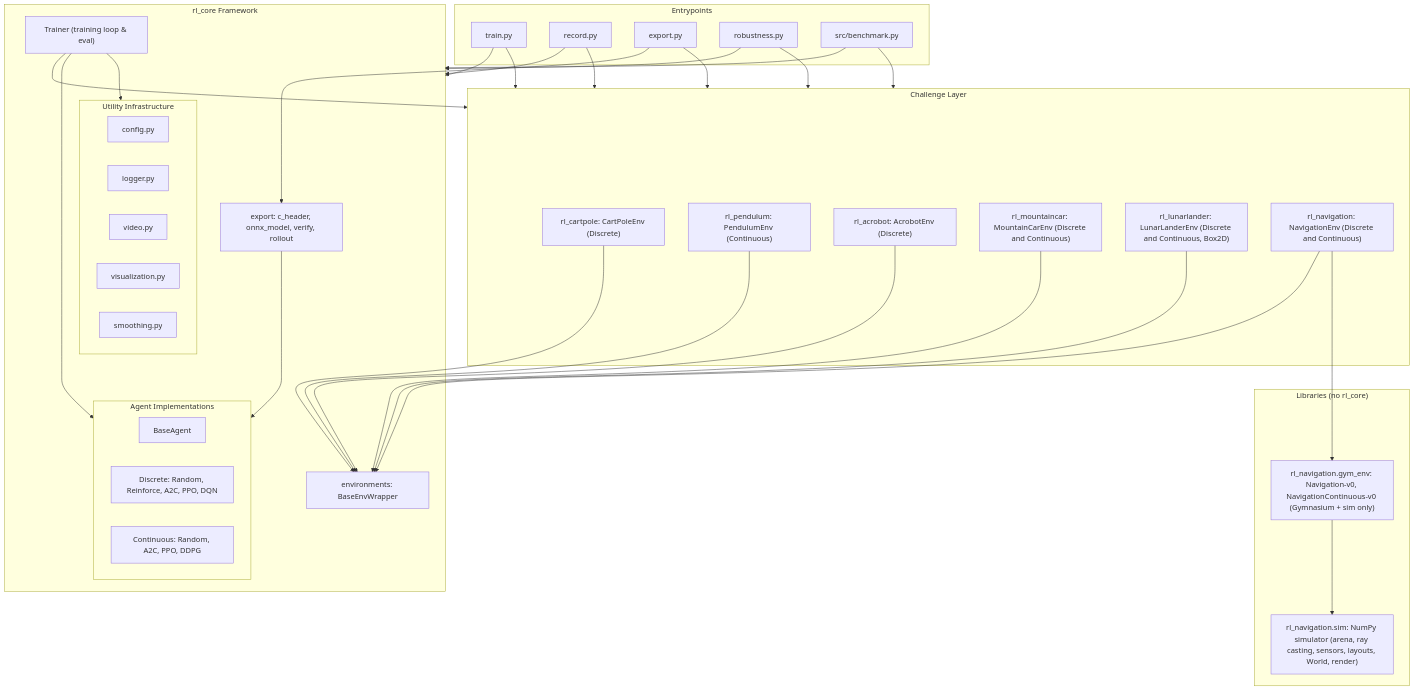
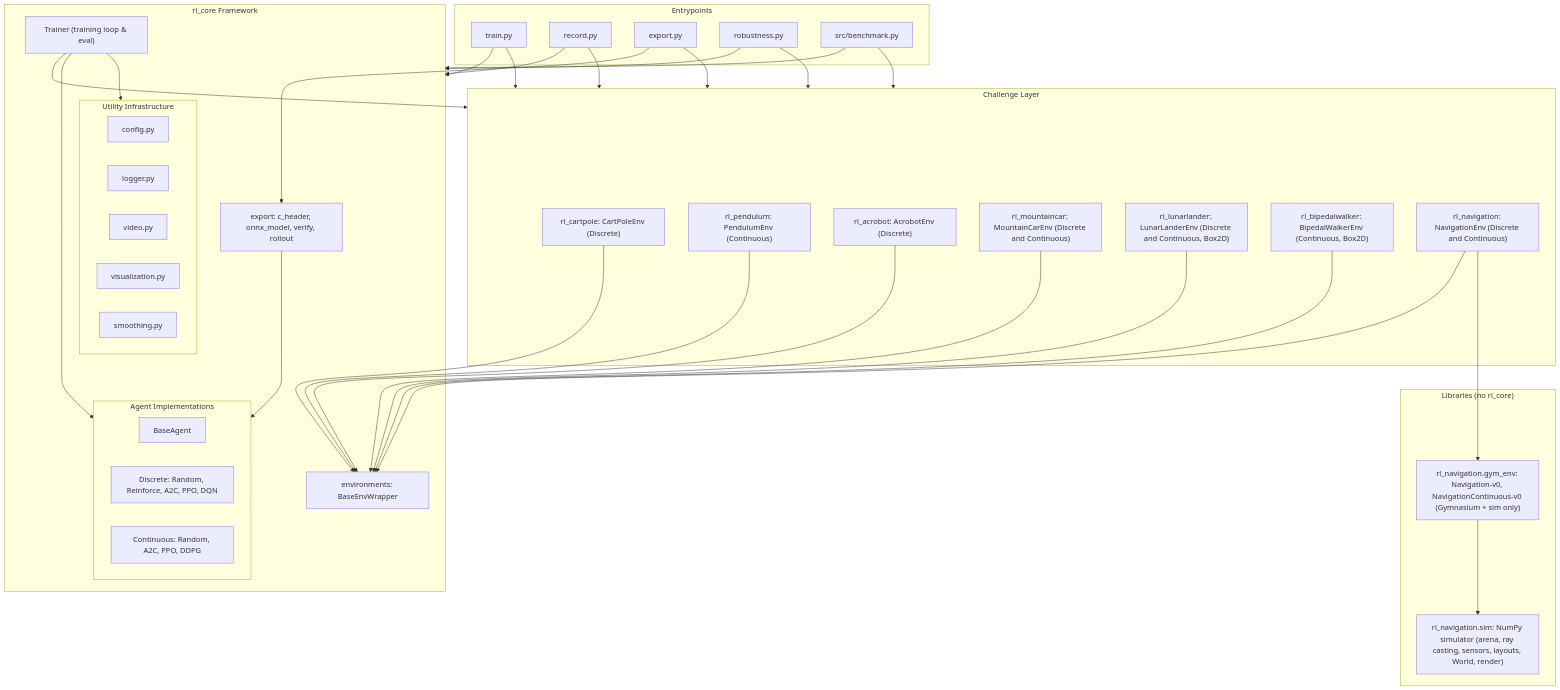
One commit to andreijw/AI changed the first of 3 diagrams in ARCHITECTURE.md. Above: the diagram before and after it, drawn with Mermaid. The commit also changed other lines of this file and 30 other files, not shown here.

Commit message:
feat(bipedalwalker): BipedalWalker-v3 challenge with SAC and TD3, measured on seeds 1-5

````diff
--- a/ARCHITECTURE.md
+++ b/ARCHITECTURE.md
@@ -131,69 +133,71 @@
 ```mermaid
 flowchart TD
     subgraph CLI ["Entrypoints"]
         Train["train.py"]
         Record["record.py"]
         Export["export.py"]
         Robust["robustness.py"]
         Bench["src/benchmark.py"]
     end
 
     subgraph Challenges ["Challenge Layer"]
         CartPole["rl_cartpole: CartPoleEnv (Discrete)"]
         Pendulum["rl_pendulum: PendulumEnv (Continuous)"]
         Acrobot["rl_acrobot: AcrobotEnv (Discrete)"]
         MountainCar["rl_mountaincar: MountainCarEnv (Discrete and Continuous)"]
         LunarLander["rl_lunarlander: LunarLanderEnv (Discrete and Continuous, Box2D)"]
+        BipedalWalker["rl_bipedalwalker: BipedalWalkerEnv (Continuous, Box2D)"]
         Navigation["rl_navigation: NavigationEnv (Discrete and Continuous)"]
     end
 
     subgraph Libraries ["Libraries (no rl_core)"]
         NavGym["rl_navigation.gym_env: Navigation-v0, NavigationContinuous-v0 (Gymnasium + sim only)"]
         NavSim["rl_navigation.sim: NumPy simulator (arena, ray casting, sensors, layouts, World, render)"]
     end
 
     subgraph Core ["rl_core Framework"]
         Trainer["Trainer (training loop & eval)"]
         
         subgraph Agents ["Agent Implementations"]
             BaseAgent["BaseAgent"]
             DiscreteAgents["Discrete: Random, Reinforce, A2C, PPO, DQN"]
             ContinuousAgents["Continuous: Random, A2C, PPO, DDPG"]
         end
 
         EnvBase["environments: BaseEnvWrapper"]
 
         subgraph Utils ["Utility Infrastructure"]
             Config["config.py"]
             Logger["logger.py"]
             Video["video.py"]
             Viz["visualization.py"]
             Smooth["smoothing.py"]
         end
 
         ExportPkg["export: c_header, onnx_model, verify, rollout"]
     end
 
     Train --> Core
     Record --> Core
     Bench --> Core
     Train --> Challenges
     Record --> Challenges
     Export --> Challenges
     Robust --> Core
     Robust --> Challenges
     Export --> ExportPkg
     ExportPkg --> Agents
     Bench --> Challenges
     Trainer --> Challenges
     Trainer --> Agents
     Trainer --> Utils
     CartPole --> EnvBase
     Pendulum --> EnvBase
     Acrobot --> EnvBase
     MountainCar --> EnvBase
     LunarLander --> EnvBase
+    BipedalWalker --> EnvBase
     Navigation --> EnvBase
     Navigation --> NavGym
     NavGym --> NavSim
 ```
````
